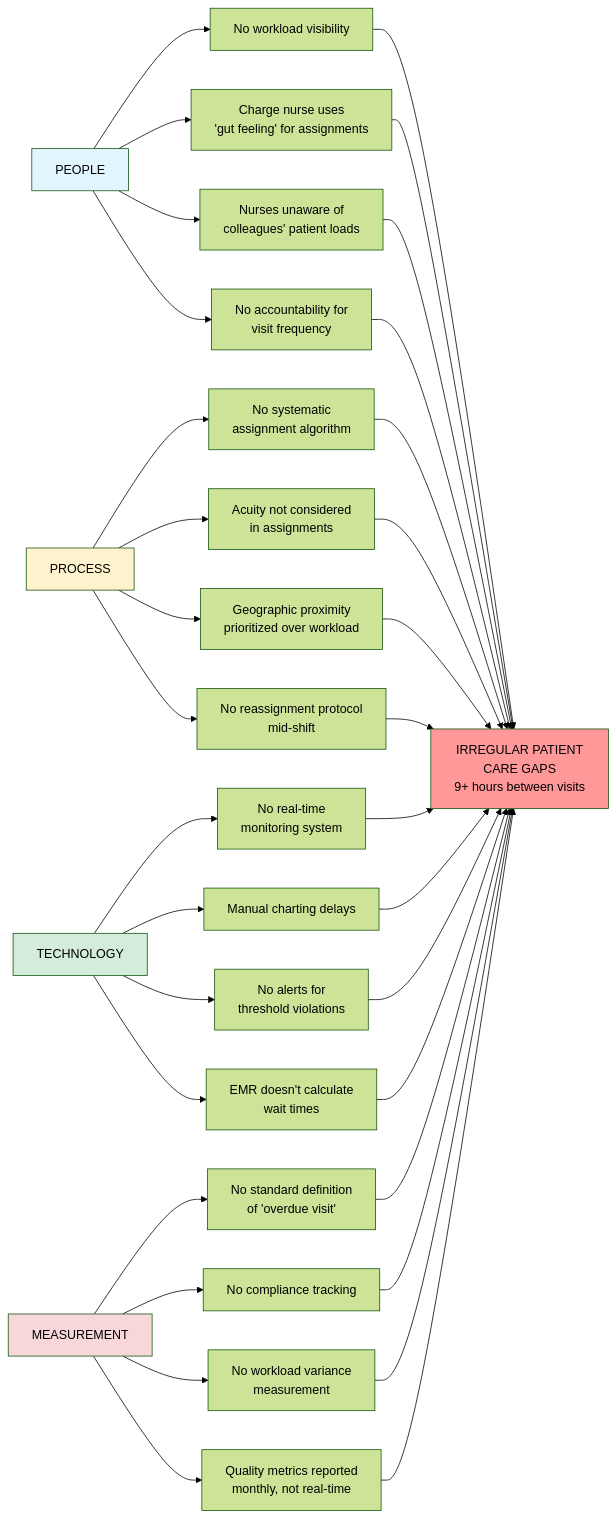
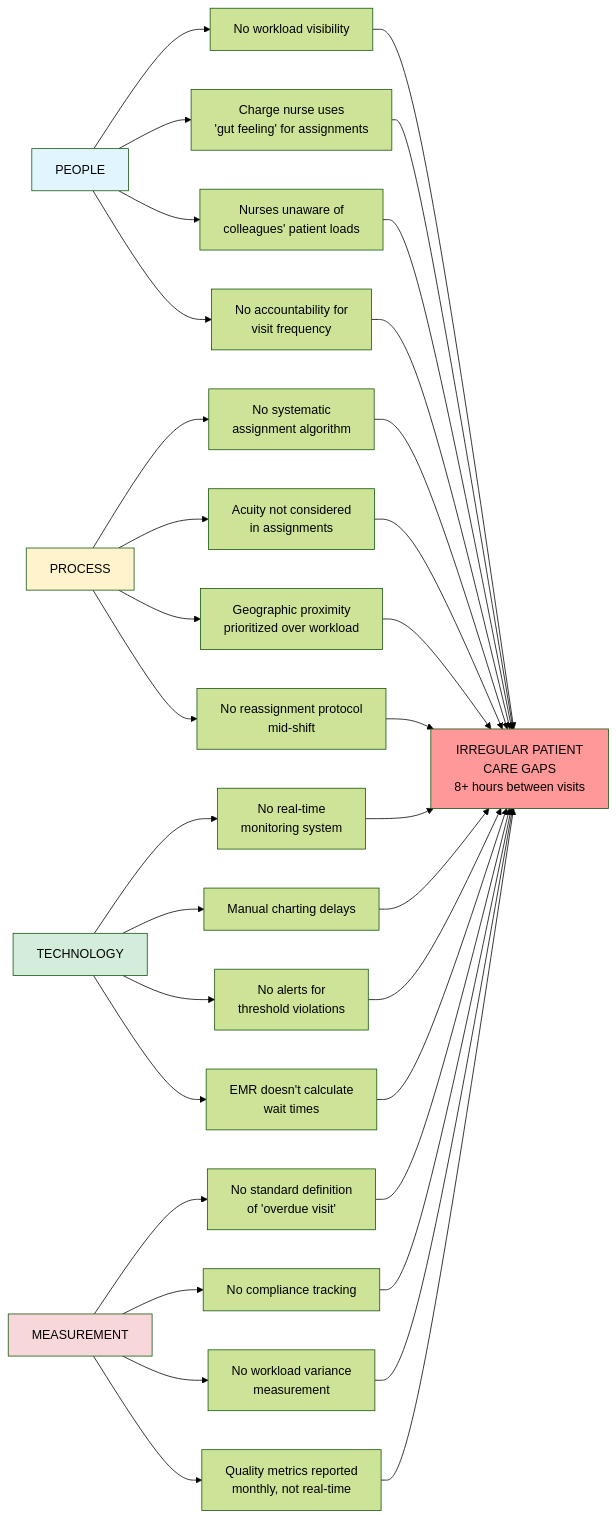
One commit to BradleyMatican25/leanonme changed the first of 7 diagrams in README.md. Above: the diagram before and after it, drawn with Mermaid (forest theme).

Commit message:
Update patient care gap duration in diagram

````diff
--- a/README.md
+++ b/README.md
@@ -95,52 +95,52 @@
 ```mermaid
 graph LR
-    A[IRREGULAR PATIENT<br/>CARE GAPS<br/>9+ hours between visits] 
-    
+    A[IRREGULAR PATIENT<br/>CARE GAPS<br/>8+ hours between visits] 
+
     B1[PEOPLE]
     B2[PROCESS]
     B3[TECHNOLOGY]
     B4[MEASUREMENT]
     
     B1 --> C1[No workload visibility]
     B1 --> C2[Charge nurse uses<br/>'gut feeling' for assignments]
     B1 --> C3[Nurses unaware of<br/>colleagues' patient loads]
     B1 --> C4[No accountability for<br/>visit frequency]
     
     B2 --> D1[No systematic<br/>assignment algorithm]
     B2 --> D2[Acuity not considered<br/>in assignments]
     B2 --> D3[Geographic proximity<br/>prioritized over workload]
     B2 --> D4[No reassignment protocol<br/>mid-shift]
     
     B3 --> E1[No real-time<br/>monitoring system]
     B3 --> E2[Manual charting delays]
     B3 --> E3[No alerts for<br/>threshold violations]
     B3 --> E4[EMR doesn't calculate<br/>wait times]
     
     B4 --> F1[No standard definition<br/>of 'overdue visit']
     B4 --> F2[No compliance tracking]
     B4 --> F3[No workload variance<br/>measurement]
     B4 --> F4[Quality metrics reported<br/>monthly, not real-time]
     
     C1 --> A
     C2 --> A
     C3 --> A
     C4 --> A
     D1 --> A
     D2 --> A
     D3 --> A
     D4 --> A
     E1 --> A
     E2 --> A
     E3 --> A
     E4 --> A
     F1 --> A
     F2 --> A
     F3 --> A
     F4 --> A
     
     style A fill:#ff9999
     style B1 fill:#e1f5ff
     style B2 fill:#fff3cd
     style B3 fill:#d4edda
     style B4 fill:#f8d7da
 ```
````
